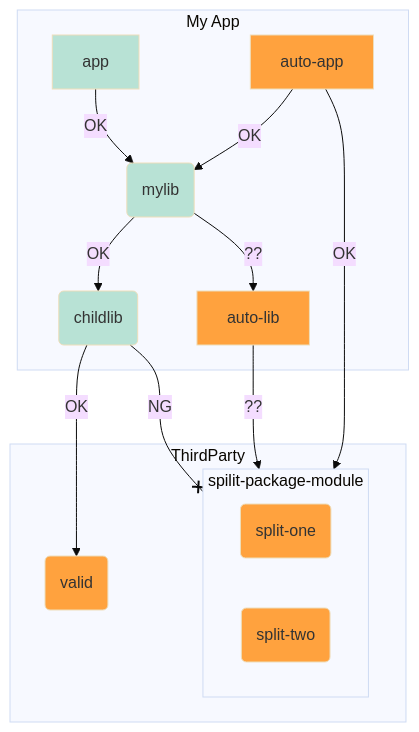
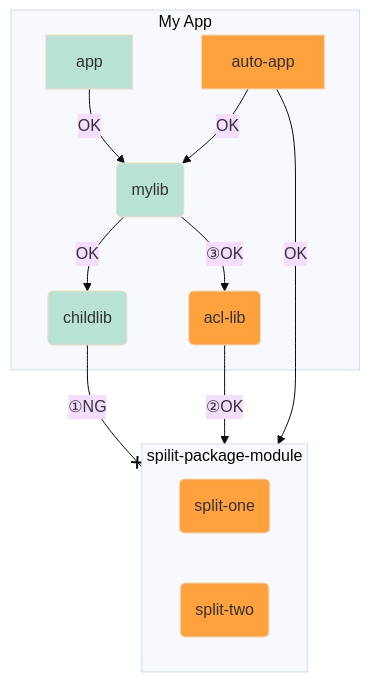
One commit to usadamasa/hello-java-module changed the second of 2 diagrams in README.md. Above: the diagram before and after it, drawn with Mermaid. The commit also changed other lines of this file and 8 other files, not shown here.

````diff
--- a/README.md
+++ b/README.md
@@ -18,38 +20,33 @@
 ```mermaid
 ---
 config:
   theme: base
 ---
 graph TD;
     classDef namedModule fill:#7BCCAC,fill-opacity:0.5
     classDef autoModule  fill:#ffa23e
 
     subgraph "My App"
         myapp[app]:::namedModule
+        autoapp[auto-app]:::autoModule
+
         mylib(mylib):::namedModule
         childlib(childlib):::namedModule
-        autoapp[auto-app]:::autoModule
-        autolib[auto-lib]:::autoModule
+        acllib(acl-lib):::autoModule
     end
 
-    subgraph "ThirdParty"
-        valid(valid):::autoModule
-        
-        subgraph "spilit-package-module"
-            split-one(split-one):::autoModule
-            split-two(split-two):::autoModule
-        end
+    subgraph "spilit-package-module"
+        split-one(split-one):::autoModule
+        split-two(split-two):::autoModule
     end
 
     myapp --OK--> mylib;
     mylib --OK--> childlib;
-    mylib --??--> autolib;
+    mylib --③OK--> acllib;
 
-    childlib --OK--> valid;
-    childlib --NG--x spilit-package-module;
+    childlib --①NG--x spilit-package-module;
+    acllib --②OK--> spilit-package-module;
 
     autoapp --OK--> mylib;
     autoapp --OK--> spilit-package-module;
-
-    autolib --??--> spilit-package-module;
 ```
````
